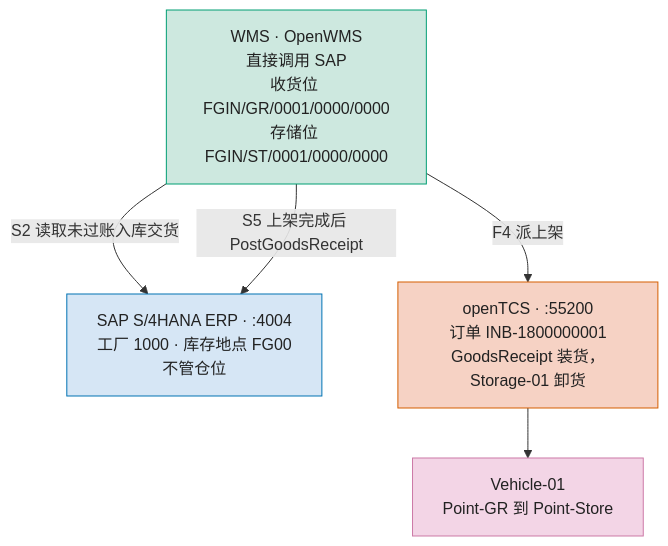
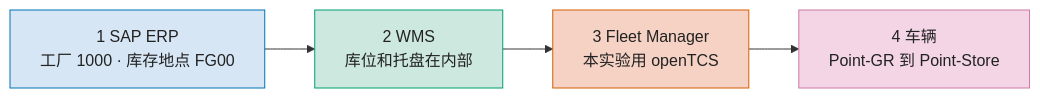
One commit to j61398257-lab/copilot-clip-agent changed the first of 4 diagrams in README.md. Above: the diagram before and after it, drawn with Mermaid. The commit also changed other lines of this file and 23 other files, not shown here.

First line of the commit message:
调用链改成 SAP、WMS、Fleet Manager 串行

````diff
--- a/README.md
+++ b/README.md
@@ -11,15 +11,12 @@
 ```mermaid
-flowchart TB
-  SAP["SAP S/4HANA ERP · :4004<br/>工厂 1000 · 库存地点 FG00<br/>不管仓位"]
-  WMS["WMS · OpenWMS<br/>直接调用 SAP<br/>收货位 FGIN/GR/0001/0000/0000<br/>存储位 FGIN/ST/0001/0000/0000"]
-  TCS["openTCS · :55200<br/>订单 INB-1800000001<br/>GoodsReceipt 装货，Storage-01 卸货"]
-  CAR["Vehicle-01<br/>Point-GR 到 Point-Store"]
-  WMS -->|"S2 读取未过账入库交货"| SAP
-  WMS -->|"S5 上架完成后 PostGoodsReceipt"| SAP
-  WMS -->|"F4 派上架"| TCS
-  TCS --> CAR
+flowchart LR
+  SAP["1 SAP ERP<br/>工厂 1000 · 库存地点 FG00"]
+  WMS["2 WMS<br/>库位和托盘在内部"]
+  FM["3 Fleet Manager<br/>本实验用 openTCS"]
+  CAR["4 车辆<br/>Point-GR 到 Point-Store"]
+  SAP --> WMS --> FM --> CAR
   style SAP fill:#d6e6f5,stroke:#0072B2,color:#222
   style WMS fill:#cde8df,stroke:#009E73,color:#222
-  style TCS fill:#f6d2c4,stroke:#D55E00,color:#222
+  style FM fill:#f6d2c4,stroke:#D55E00,color:#222
   style CAR fill:#f3d5e6,stroke:#CC79A7,color:#222
 ```
````
